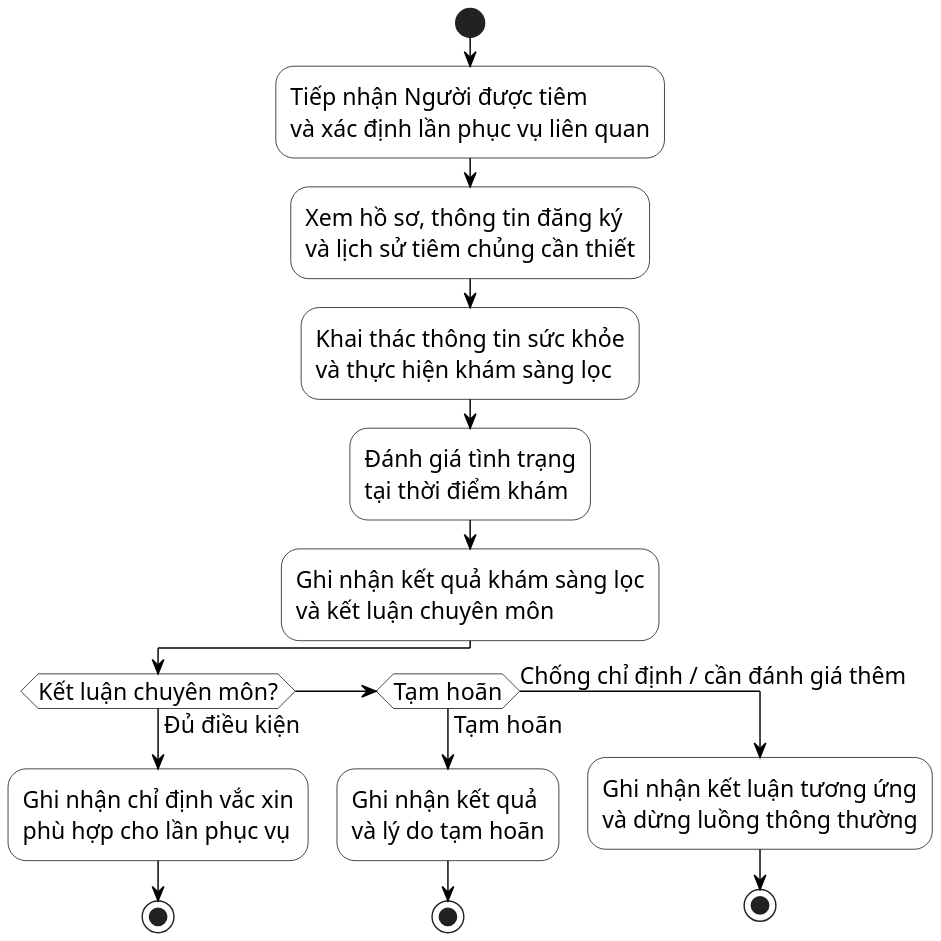
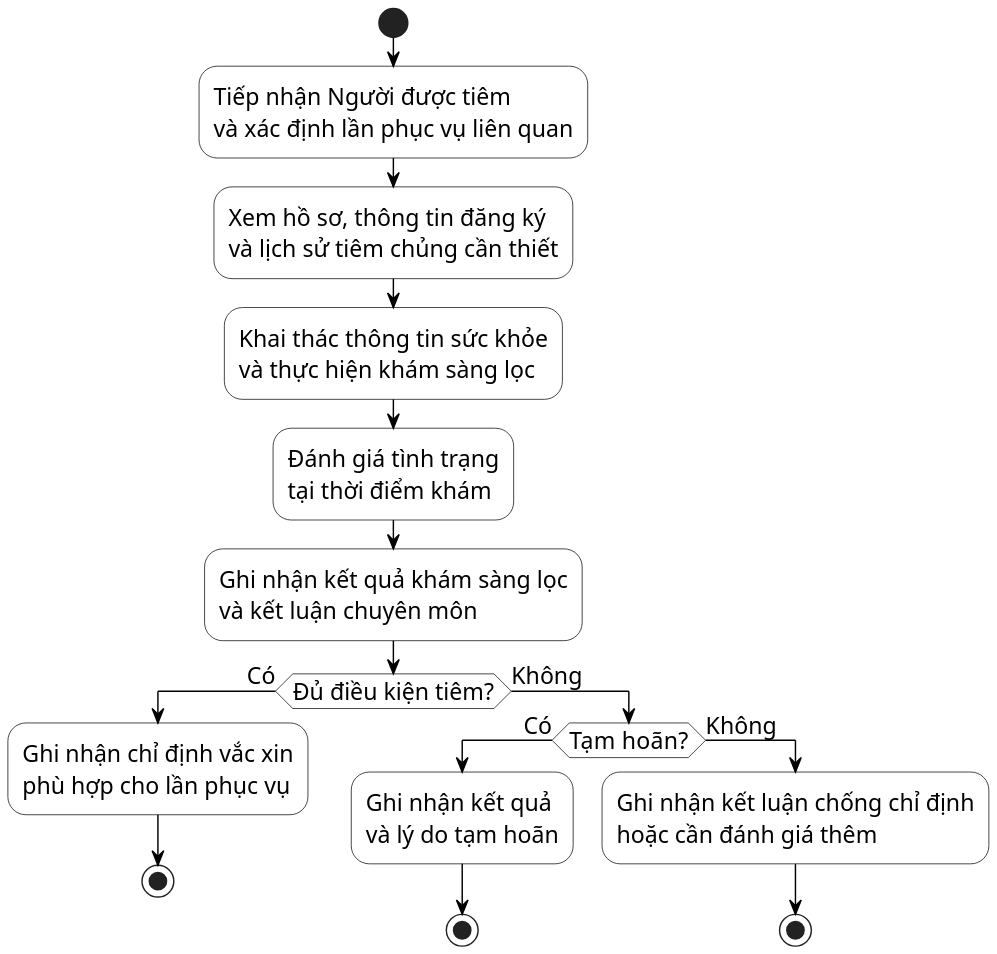
The diagram in docs/thesis/uml/Hinh_2_6_Activity_Kham_Sang_Loc.puml (datngo1203/KLCN-QuanLyTiemChung), drawn with PlantUML before and after one commit. The commit also changed 8 other files, not shown here.

Commit message:
docs: normalize business UML print layout

```diff
--- a/docs/thesis/uml/Hinh_2_6_Activity_Kham_Sang_Loc.puml
+++ b/docs/thesis/uml/Hinh_2_6_Activity_Kham_Sang_Loc.puml
@@ -1,33 +1,35 @@
 @startuml
-' HUIT UML Visual Profile v1 - compact print layout
+' HUIT UML Visual Profile v1 - compact-fixed layout
 skinparam monochrome true
 skinparam shadowing false
 skinparam backgroundColor white
 skinparam defaultFontName "Times New Roman"
 skinparam defaultFontSize 16
 skinparam ArrowColor black
 skinparam ActivityBorderColor black
 skinparam ActivityBackgroundColor white
 skinparam PartitionBorderColor black
 skinparam PartitionBackgroundColor white
 skinparam dpi 180
 
 |Bác sĩ|
 start
 :Tiếp nhận Người được tiêm\nvà xác định lần phục vụ liên quan;
 :Xem hồ sơ, thông tin đăng ký\nvà lịch sử tiêm chủng cần thiết;
 :Khai thác thông tin sức khỏe\nvà thực hiện khám sàng lọc;
 :Đánh giá tình trạng\ntại thời điểm khám;
 :Ghi nhận kết quả khám sàng lọc\nvà kết luận chuyên môn;
 
-if (Kết luận chuyên môn?) then (Đủ điều kiện)
+if (Đủ điều kiện tiêm?) then (Có)
   :Ghi nhận chỉ định vắc xin\nphù hợp cho lần phục vụ;
   stop
-elseif (Tạm hoãn) then (Tạm hoãn)
-  :Ghi nhận kết quả\nvà lý do tạm hoãn;
-  stop
-else (Chống chỉ định / cần đánh giá thêm)
-  :Ghi nhận kết luận tương ứng\nvà dừng luồng thông thường;
-  stop
+else (Không)
+  if (Tạm hoãn?) then (Có)
+    :Ghi nhận kết quả\nvà lý do tạm hoãn;
+    stop
+  else (Không)
+    :Ghi nhận kết luận chống chỉ định\nhoặc cần đánh giá thêm;
+    stop
+  endif
 endif
 @enduml
```
